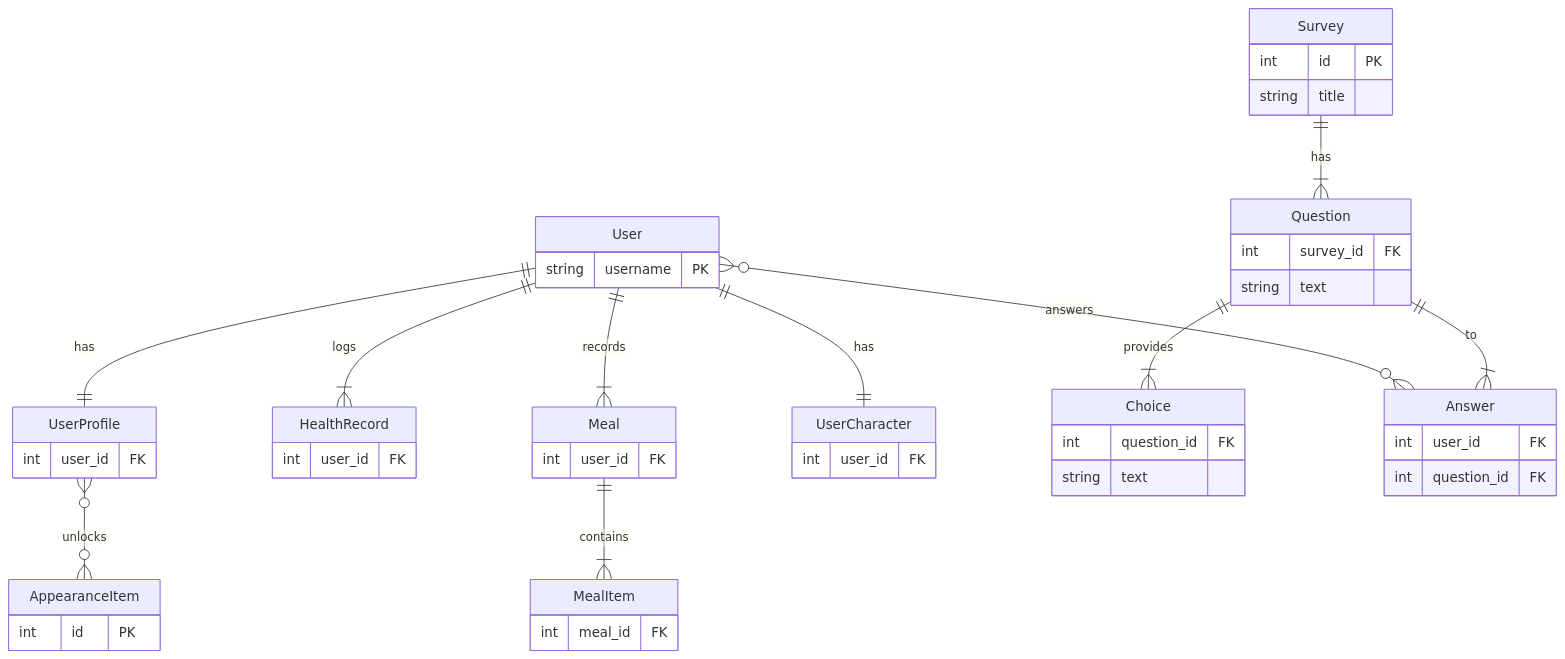
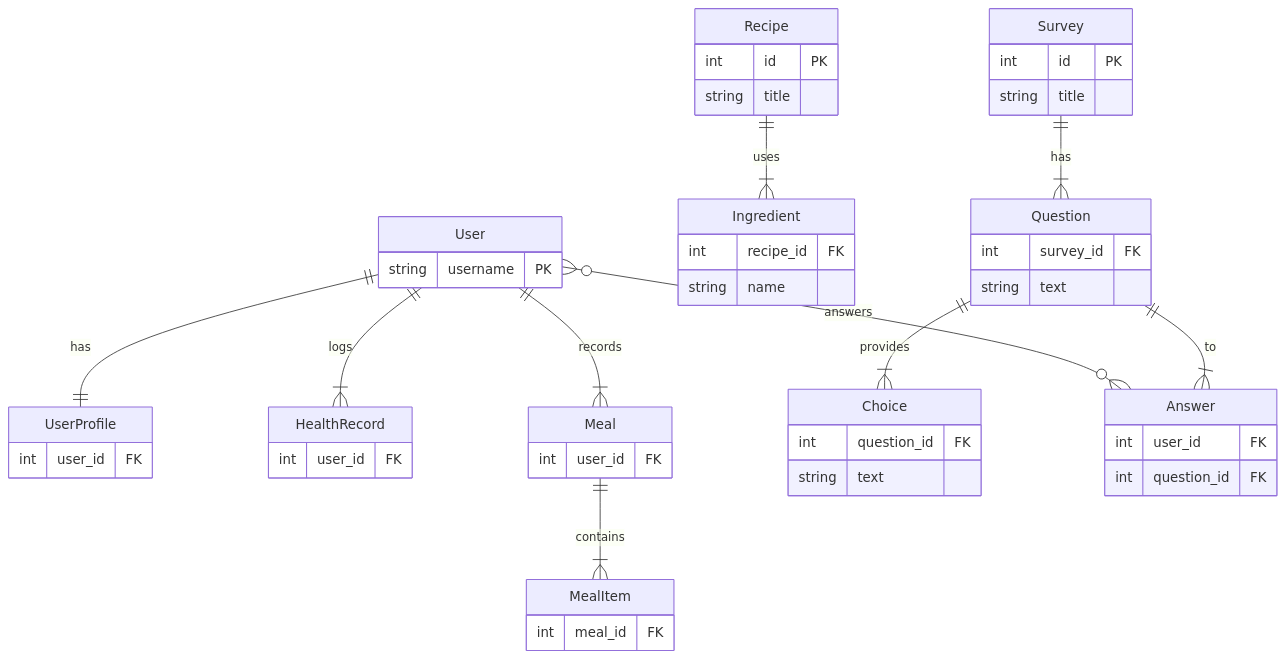
The diagram in docs/DATABASE_DESIGN.md (kyooblume/ms_heakthcare_app), drawn with Mermaid before and after one commit. The commit also changed other lines of this file, not shown here.

````diff
--- a/docs/DATABASE_DESIGN.md
+++ b/docs/DATABASE_DESIGN.md
@@ -31,52 +31,52 @@
 ```mermaid
 erDiagram
     User {
         string username PK
     }
     UserProfile {
         int user_id FK
     }
     HealthRecord {
         int user_id FK
     }
     Meal {
         int user_id FK
     }
     MealItem {
         int meal_id FK
     }
-    UserCharacter {
-        int user_id FK
+    Recipe {
+        int id PK
+        string title
     }
-    AppearanceItem {
-        int id PK
+    Ingredient {
+        int recipe_id FK
+        string name
     }
     Survey {
         int id PK
         string title
     }
     Question {
         int survey_id FK
         string text
     }
     Choice {
         int question_id FK
         string text
     }
     Answer {
         int user_id FK
         int question_id FK
     }
 
     User ||--|| UserProfile : "has"
     User ||--|{ HealthRecord : "logs"
     User ||--|{ Meal : "records"
-    User ||--|| UserCharacter : "has"
     User }o--o{ Answer : "answers"
     Meal ||--|{ MealItem : "contains"
-    UserProfile }o--o{ AppearanceItem : "unlocks"
+    Recipe ||--|{ Ingredient : "uses"
     Survey ||--|{ Question : "has"
     Question ||--|{ Choice : "provides"
     Question ||--|{ Answer : "to"
-
 ```
````
